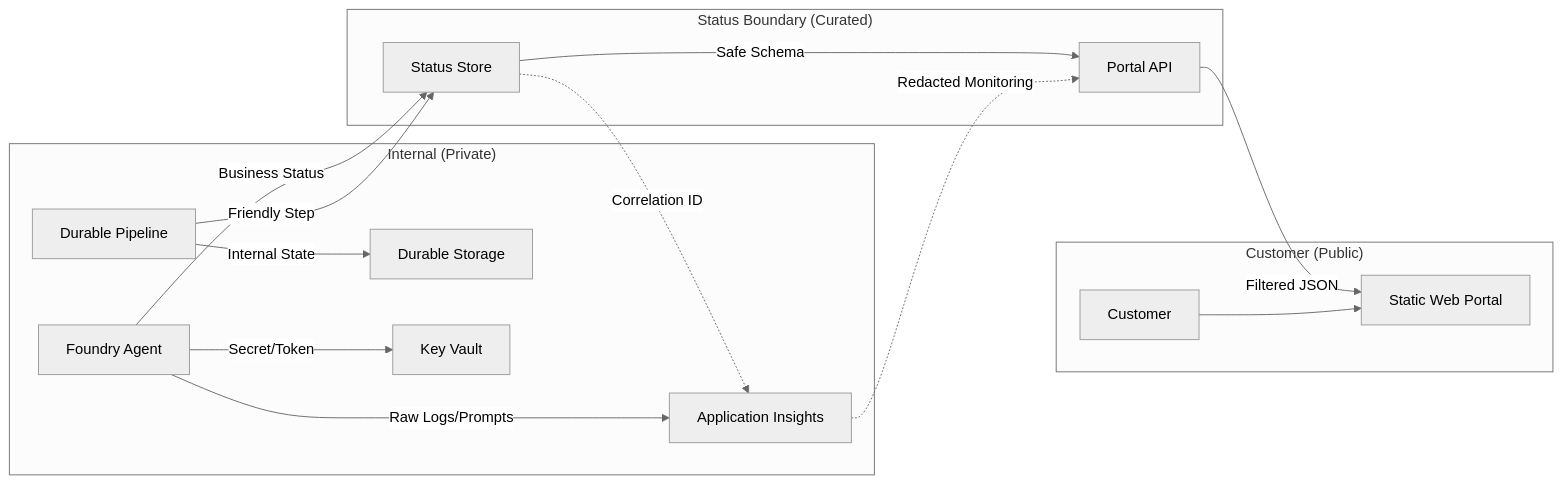
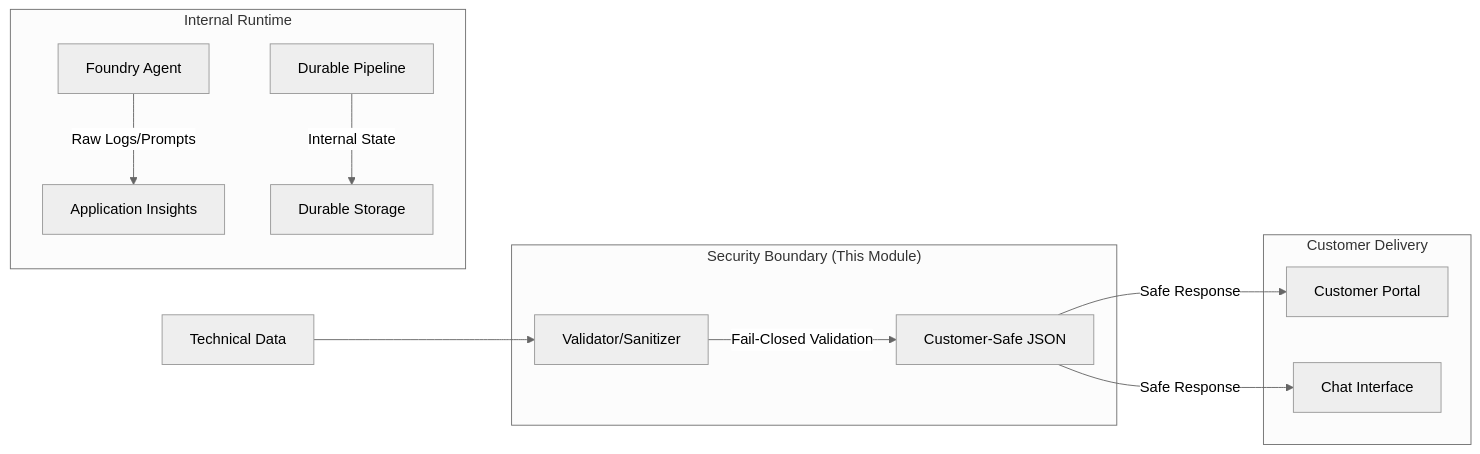
The diagram in building-blocks/security/customer-safe-status-boundary/README.md (wildersa/azure_ref_kit), drawn with Mermaid (neutral theme) before and after one commit. The commit also changed other lines of this file and 13 other files, not shown here.

First line of the commit message:
Implement customer-safe status boundary reference (#226)

````diff
--- a/building-blocks/security/customer-safe-status-boundary/README.md
+++ b/building-blocks/security/customer-safe-status-boundary/README.md
@@ -13,22 +11,18 @@
 ```mermaid
 flowchart LR
-    subgraph "Internal (Private)"
+    subgraph "Internal Runtime"
         AI[Foundry Agent] --> |Raw Logs/Prompts| AppInsights[Application Insights]
         Pipeline[Durable Pipeline] --> |Internal State| DF[Durable Storage]
-        AI --> |Secret/Token| Vault[Key Vault]
     end
 
-    subgraph "Status Boundary (Curated)"
-        AI --> |Business Status| Store[Status Store]
-        Pipeline --> |Friendly Step| Store
-        Store --> |Safe Schema| API[Portal API]
+    subgraph "Security Boundary (This Module)"
+        Validator[Validator/Sanitizer] --> |Fail-Closed Validation| SafeObject[Customer-Safe JSON]
     end
 
-    subgraph "Customer (Public)"
-        API --> |Filtered JSON| Portal[Static Web Portal]
-        User[Customer] --> Portal
+    subgraph "Customer Delivery"
+        SafeObject --> |Safe Response| Portal[Customer Portal]
+        SafeObject --> |Safe Response| Agent[Chat Interface]
     end
 
-    AppInsights -.-> |Redacted Monitoring| API
-    Store -.-> |Correlation ID| AppInsights
+    InternalData[Technical Data] --> Validator
 ```
````
